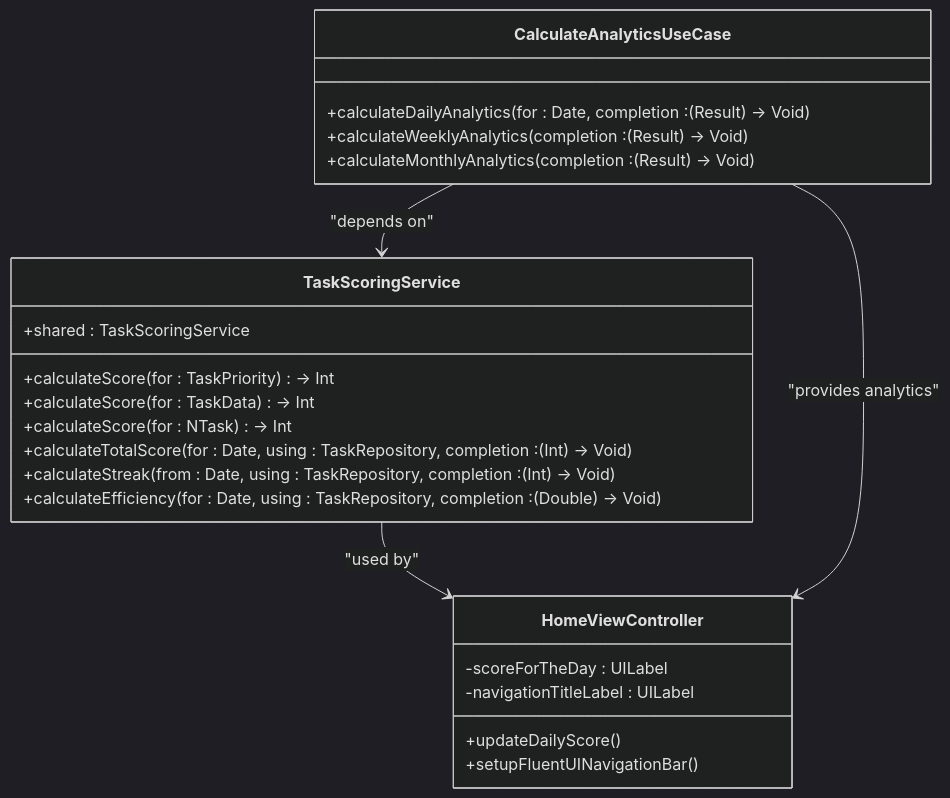
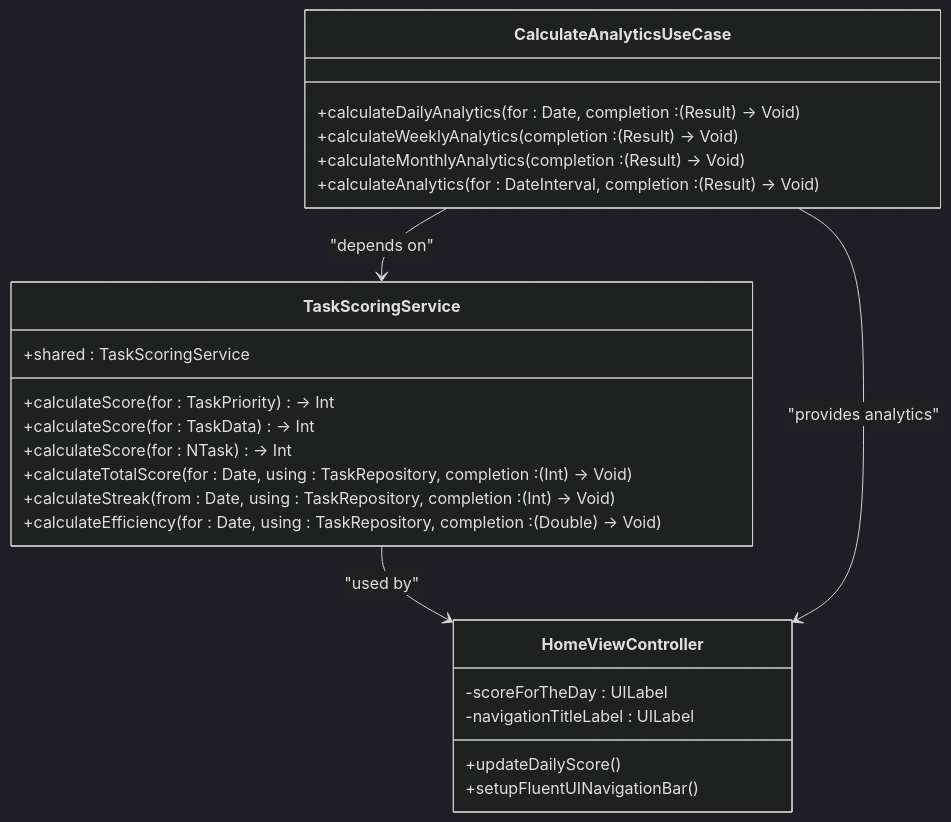
Before and after one commit to Saransh-Sharma/Tasker: the second of 4 diagrams in .qoder/repowiki/en/content/Analytics and Daily Scoring/Analytics and Daily Scoring.md, drawn with Mermaid (dark theme). The commit also changed other lines of this file and 14 other files, not shown here.

````diff
--- a/.qoder/repowiki/en/content/Analytics and Daily Scoring/Analytics and Daily Scoring.md
+++ b/.qoder/repowiki/en/content/Analytics and Daily Scoring/Analytics and Daily Scoring.md
@@ -73,26 +73,27 @@
 ```mermaid
 classDiagram
 class TaskScoringService {
 +shared : TaskScoringService
 +calculateScore(for : TaskPriority) -> Int
 +calculateScore(for : TaskData) -> Int
 +calculateScore(for : NTask) -> Int
 +calculateTotalScore(for : Date, using : TaskRepository, completion : (Int) -> Void)
 +calculateStreak(from : Date, using : TaskRepository, completion : (Int) -> Void)
 +calculateEfficiency(for : Date, using : TaskRepository, completion : (Double) -> Void)
 }
 class HomeViewController {
 -scoreForTheDay : UILabel
 -navigationTitleLabel : UILabel
 +updateDailyScore()
 +setupFluentUINavigationBar()
 }
 class CalculateAnalyticsUseCase {
 +calculateDailyAnalytics(for : Date, completion : (Result<DailyAnalytics, AnalyticsError>) -> Void)
 +calculateWeeklyAnalytics(completion : (Result<WeeklyAnalytics, AnalyticsError>) -> Void)
 +calculateMonthlyAnalytics(completion : (Result<MonthlyAnalytics, AnalyticsError>) -> Void)
++calculateAnalytics(for : DateInterval, completion : (Result<PeriodAnalytics, AnalyticsError>) -> Void)
 }
 TaskScoringService --> HomeViewController : "used by"
 CalculateAnalyticsUseCase --> TaskScoringService : "depends on"
 CalculateAnalyticsUseCase --> HomeViewController : "provides analytics"
 ```
````
